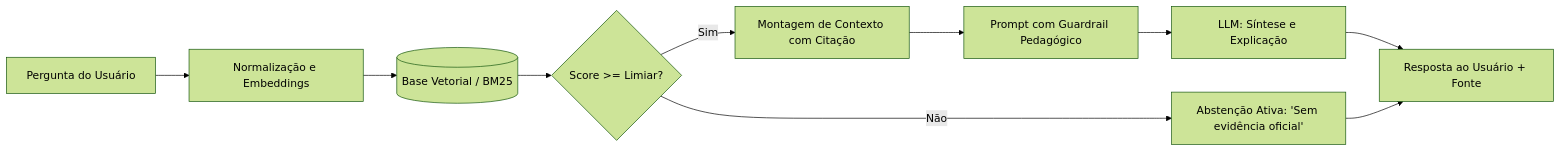
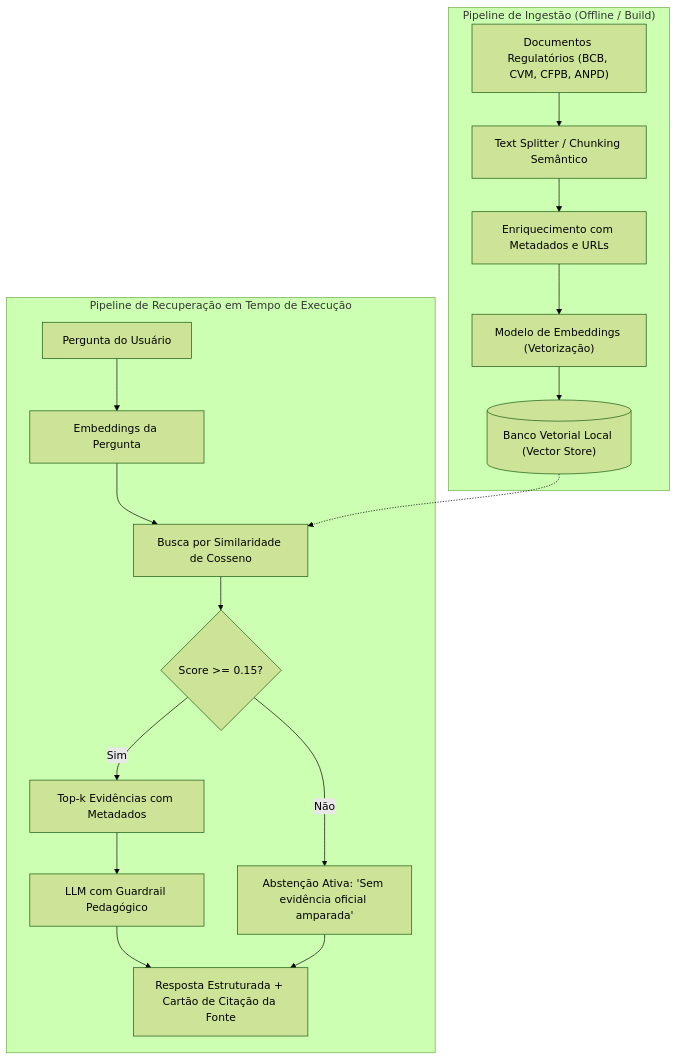
Before and after one commit to moonshinerd/trokim: the diagram in docs/rag/index.md, drawn with Mermaid (forest theme). The commit also changed other lines of this file and 1 other file, not shown here.

````diff
--- a/docs/rag/index.md
+++ b/docs/rag/index.md
@@ -22,12 +47,21 @@
 ```mermaid
-flowchart LR
-    A[Pergunta do Usuário] --> B[Normalização e Embeddings]
-    B --> C[(Base Vetorial / BM25)]
-    C --> D{Score >= Limiar?}
-    D -- Sim --> E[Montagem de Contexto com Citação]
-    D -- Não --> F[Abstenção Ativa: 'Sem evidência oficial']
-    E --> G[Prompt com Guardrail Pedagógico]
-    G --> H[LLM: Síntese e Explicação]
-    H --> I[Resposta ao Usuário + Fonte]
-    F --> I
+flowchart TD
+    subgraph Ingestao["Pipeline de Ingestão (Offline / Build)"]
+        D1["Documentos Regulatórios (BCB, CVM, CFPB, ANPD)"] --> SP["Text Splitter / Chunking Semântico"]
+        SP --> META["Enriquecimento com Metadados e URLs"]
+        META --> EMB["Modelo de Embeddings (Vetorização)"]
+        EMB --> VS[("Banco Vetorial Local (Vector Store)")]
+    end
+
+    subgraph Consulta["Pipeline de Recuperação em Tempo de Execução"]
+        Q["Pergunta do Usuário"] --> QE["Embeddings da Pergunta"]
+        QE --> RET["Busca por Similaridade de Cosseno"]
+        VS -.-> RET
+        RET --> GATE{"Score >= 0.15?"}
+        GATE -- Não --> ABS["Abstenção Ativa: 'Sem evidência oficial amparada'"]
+        GATE -- Sim --> CTX["Top-k Evidências com Metadados"]
+        CTX --> LLM["LLM com Guardrail Pedagógico"]
+        LLM --> RES["Resposta Estruturada + Cartão de Citação da Fonte"]
+        ABS --> RES
+    end
 ```
````
